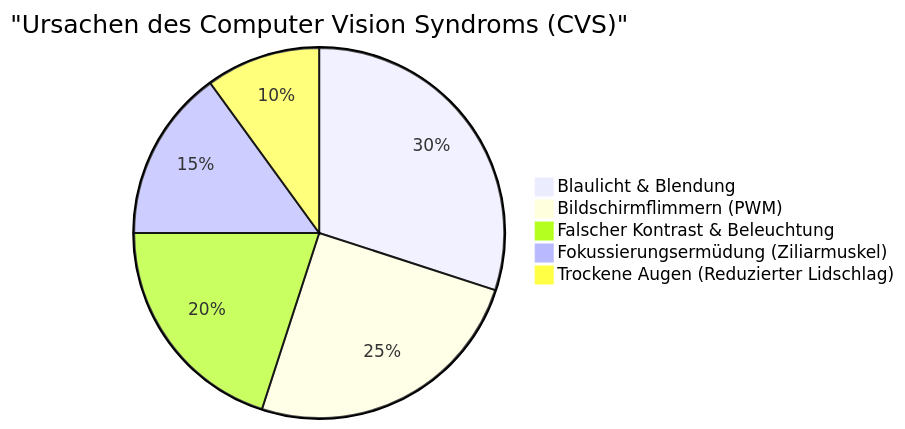
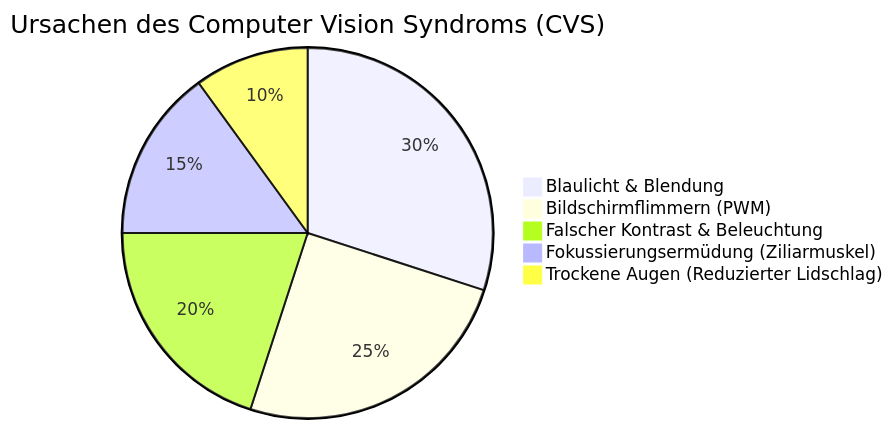
Before and after one commit to kenjinote/blog: the first of 4 diagrams in content/post/eye_strain_relief/index.de.md, drawn with Mermaid. The commit also changed other lines of this file and 703 other files, not shown here.

Commit message:
Fix: Remove quotes from Mermaid link texts and timeline definitions to support Mermaid 11.4.1

````diff
--- a/content/post/eye_strain_relief/index.de.md
+++ b/content/post/eye_strain_relief/index.de.md
@@ -24,8 +24,8 @@
 ```mermaid
-pie title "Ursachen des Computer Vision Syndroms (CVS)"
+pie title Ursachen des Computer Vision Syndroms (CVS)
     "Blaulicht & Blendung" : 30
     "Bildschirmflimmern (PWM)" : 25
     "Falscher Kontrast & Beleuchtung" : 20
     "Fokussierungsermüdung (Ziliarmuskel)" : 15
     "Trockene Augen (Reduzierter Lidschlag)" : 10
 ```
````
